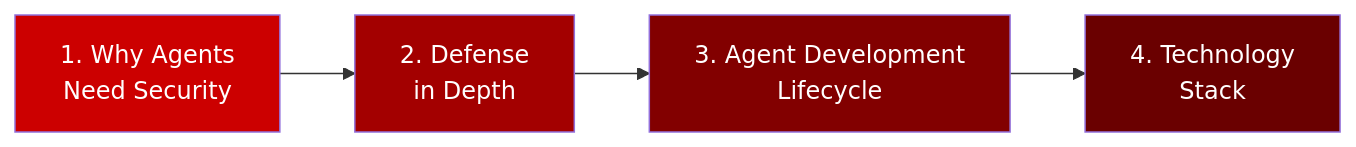
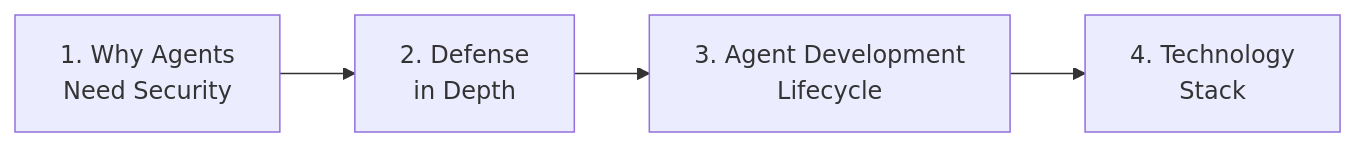
The diagram in docs/workshop/01-foundations/index.md (rrbanda/agent-sandbox-ocp), drawn with Mermaid before and after one commit. The commit also changed other lines of this file and 118 other files, not shown here.

````diff
--- a/docs/workshop/01-foundations/index.md
+++ b/docs/workshop/01-foundations/index.md
@@ -16,11 +24,6 @@
 ```mermaid
 flowchart LR
     A["1. Why Agents<br/>Need Security"] --> B["2. Defense<br/>in Depth"]
     B --> C["3. Agent Development<br/>Lifecycle"]
     C --> D["4. Technology<br/>Stack"]
-    
-    style A fill:#CC0000,color:#FFFFFF
-    style B fill:#A30000,color:#FFFFFF
-    style C fill:#820000,color:#FFFFFF
-    style D fill:#6A0000,color:#FFFFFF
 ```
````
